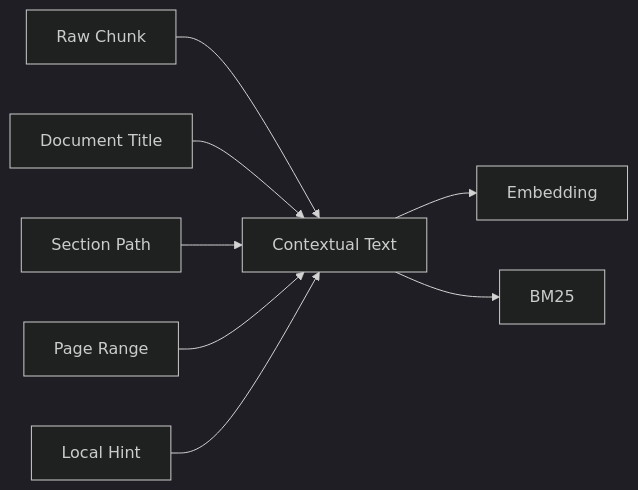
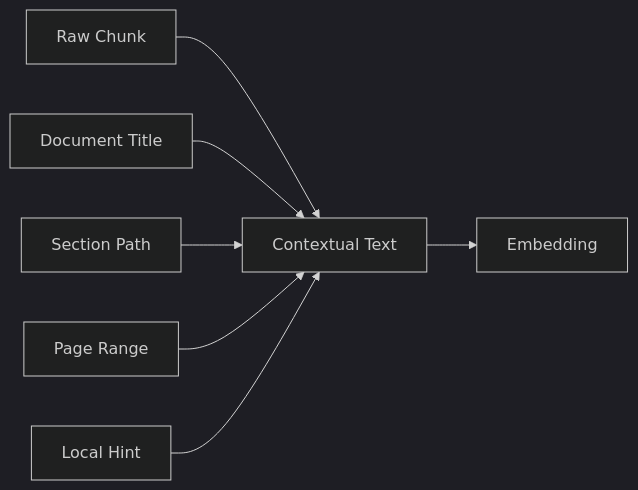
One commit to Sggggt/SymboGraph changed the fifth of 11 diagrams in docs/technical-spec.md. Above: the diagram before and after it, drawn with Mermaid (dark theme). The commit also changed other lines of this file and 53 other files, not shown here.

Commit message:
v1.4.1 beta: 使用动态KNN算法构建底层图谱，分层图谱检索修复了预算不均匀的问题，取消了重排序功能

````diff
--- a/docs/technical-spec.md
+++ b/docs/technical-spec.md
@@ -850,10 +935,9 @@
 ```mermaid
 flowchart LR
     CH["Raw Chunk"] --> CT["Contextual Text"]
     DOC["Document Title"] --> CT
     SP["Section Path"] --> CT
     PG["Page Range"] --> CT
     H["Local Hint"] --> CT
     CT --> EMB["Embedding"]
-    CT --> BM["BM25"]
 ```
````
